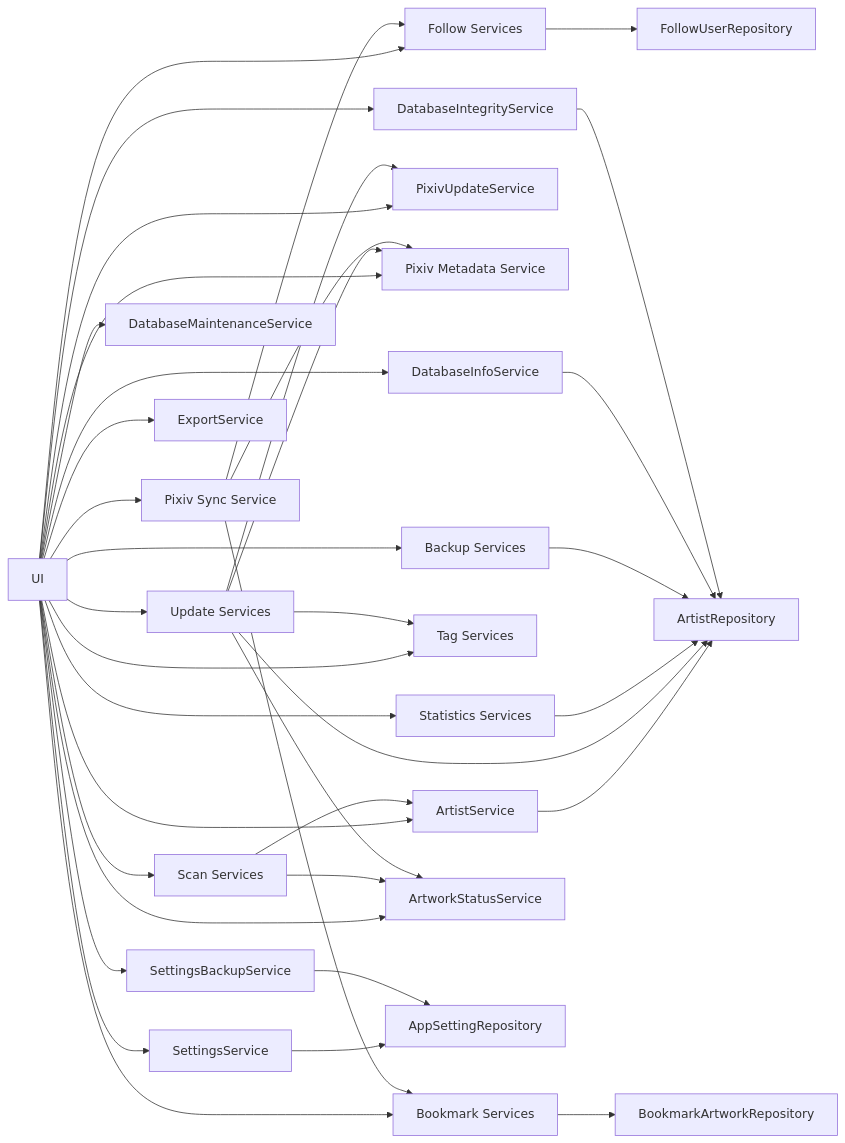
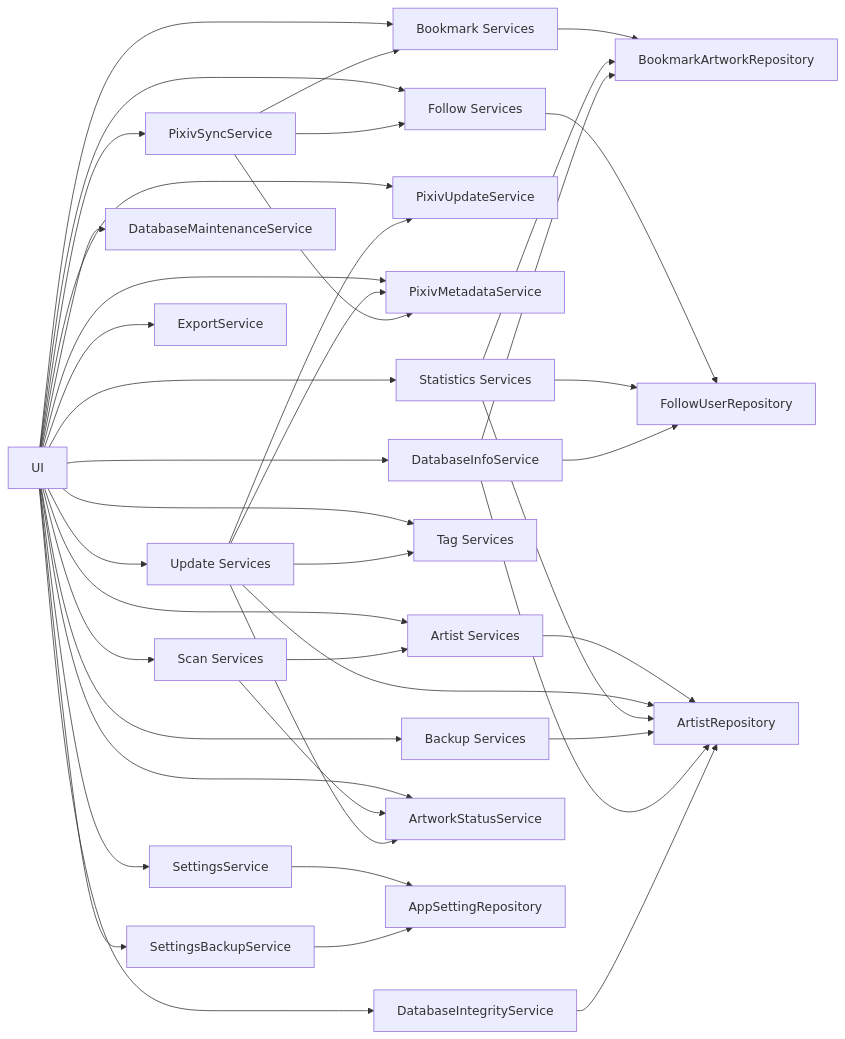
One commit to PKT0623/PixivLocalManager changed the diagram in docs/08_SERVICES.md. Above: the diagram before and after it, drawn with Mermaid. The commit also changed other lines of this file and 10 other files, not shown here.

Commit message:
docs: update V2 completion status and V3 roadmap

````diff
--- a/docs/08_SERVICES.md
+++ b/docs/08_SERVICES.md
@@ -48,57 +48,63 @@
 ```mermaid
 flowchart LR
 
 UI[UI]
 
-UI --> ARTIST[ArtistService]
+UI --> ARTIST[Artist Services]
 UI --> SCAN[Scan Services]
 UI --> UPDATE[Update Services]
 UI --> STATISTICS[Statistics Services]
 
 UI --> PIXIV_UPDATE[PixivUpdateService]
-UI --> PIXIV_META[Pixiv Metadata Service]
-UI --> PIXIV_SYNC[Pixiv Sync Service]
+UI --> PIXIV_META[PixivMetadataService]
+UI --> PIXIV_SYNC[PixivSyncService]
 
 UI --> FOLLOW[Follow Services]
 UI --> BOOKMARK[Bookmark Services]
 UI --> TAG[Tag Services]
 
 UI --> BACKUP[Backup Services]
 UI --> SETTINGS[SettingsService]
 
 UI --> DBINFO[DatabaseInfoService]
 UI --> DBCHECK[DatabaseIntegrityService]
 UI --> DBMAINT[DatabaseMaintenanceService]
 UI --> SETTINGBACKUP[SettingsBackupService]
 
 UI --> STATUS[ArtworkStatusService]
 UI --> EXPORT[ExportService]
 
 ARTIST --> ARTIST_REPO[ArtistRepository]
 
 SCAN --> ARTIST
 SCAN --> STATUS
 
 UPDATE --> ARTIST_REPO
 UPDATE --> STATUS
 UPDATE --> PIXIV_UPDATE
 UPDATE --> PIXIV_META
 UPDATE --> TAG
 
 PIXIV_SYNC --> FOLLOW
 PIXIV_SYNC --> BOOKMARK
 PIXIV_SYNC --> PIXIV_META
 
 FOLLOW --> FOLLOW_REPO[FollowUserRepository]
 BOOKMARK --> BOOKMARK_REPO[BookmarkArtworkRepository]
 
 STATISTICS --> ARTIST_REPO
+STATISTICS --> FOLLOW_REPO
+STATISTICS --> BOOKMARK_REPO
 
 BACKUP --> ARTIST_REPO
 
 SETTINGS --> SETTING_REPO[AppSettingRepository]
 
 DBINFO --> ARTIST_REPO
+DBINFO --> FOLLOW_REPO
+DBINFO --> BOOKMARK_REPO
+
 DBCHECK --> ARTIST_REPO
+
 SETTINGBACKUP --> SETTING_REPO
 ```
````
